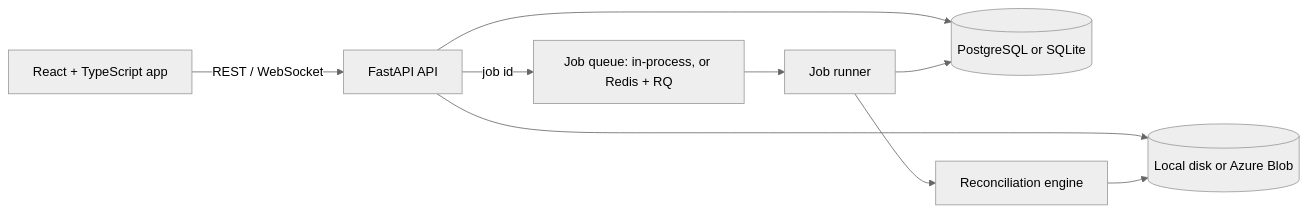
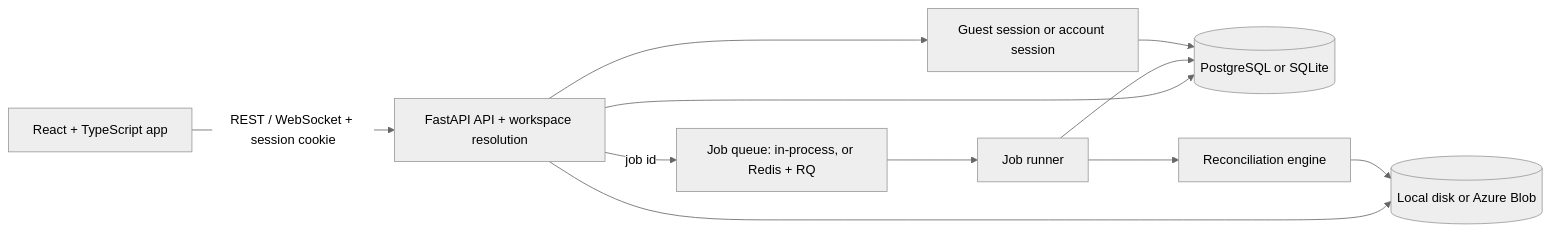
The first of 2 diagrams in docs/architecture.md (jagdevs646/RecliQ), drawn with Mermaid (neutral theme) before and after one commit. The commit also changed other lines of this file and 103 other files, not shown here.

````diff
--- a/docs/architecture.md
+++ b/docs/architecture.md
@@ -5,11 +5,13 @@
 ```mermaid
 flowchart LR
-    Browser["React + TypeScript app"] -->|REST / WebSocket| API["FastAPI API"]
+    Browser["React + TypeScript app"] -->|REST / WebSocket + session cookie| API["FastAPI API + workspace resolution"]
     API --> DB[("PostgreSQL or SQLite")]
     API --> Storage[("Local disk or Azure Blob")]
     API -->|job id| Queue["Job queue: in-process, or Redis + RQ"]
     Queue --> Worker["Job runner"]
     Worker --> Engine["Reconciliation engine"]
     Engine --> Storage
     Worker --> DB
+    API --> Auth["Guest session or account session"]
+    Auth --> DB
 ```
````
